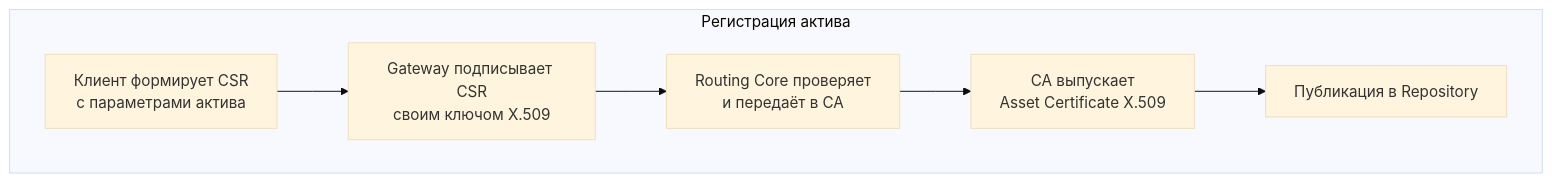
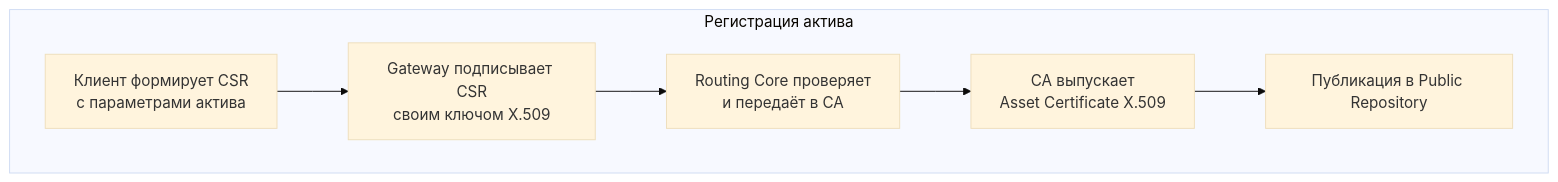
The second of 3 diagrams in wiki/TRS_14.md (alexandrzasypkin/TRS), drawn with Mermaid before and after one commit. The commit also changed other lines of this file and 1 other file, not shown here.

````diff
--- a/wiki/TRS_14.md
+++ b/wiki/TRS_14.md
@@ -472,13 +161,13 @@
 ```mermaid
 %%{init: {'flowchart': { 'layout': 'elk', 'curve': 'linear' }, 'theme': 'base' } }%%
 flowchart TB
   subgraph REG[Регистрация актива]
     UA[Клиент формирует CSR<br/>с параметрами актива] 
     GWS[Gateway подписывает CSR<br/>своим ключом X.509]
     RCS[Routing Core проверяет<br/>и передаёт в CA]
     CAS[CA выпускает<br/>Asset Certificate X.509]
-    PRS[Публикация в Repository]
+    PRS[Публикация в Public Repository]
     
     UA --> GWS --> RCS --> CAS --> PRS
   end
 ```
````
